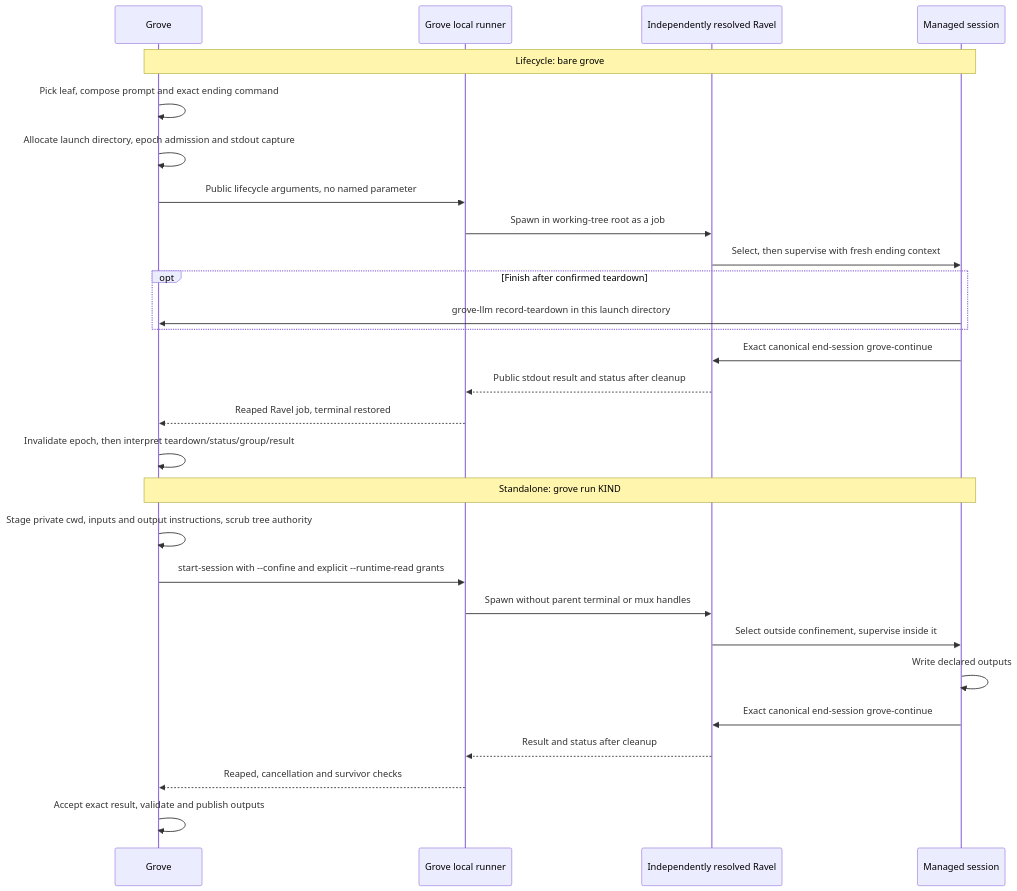
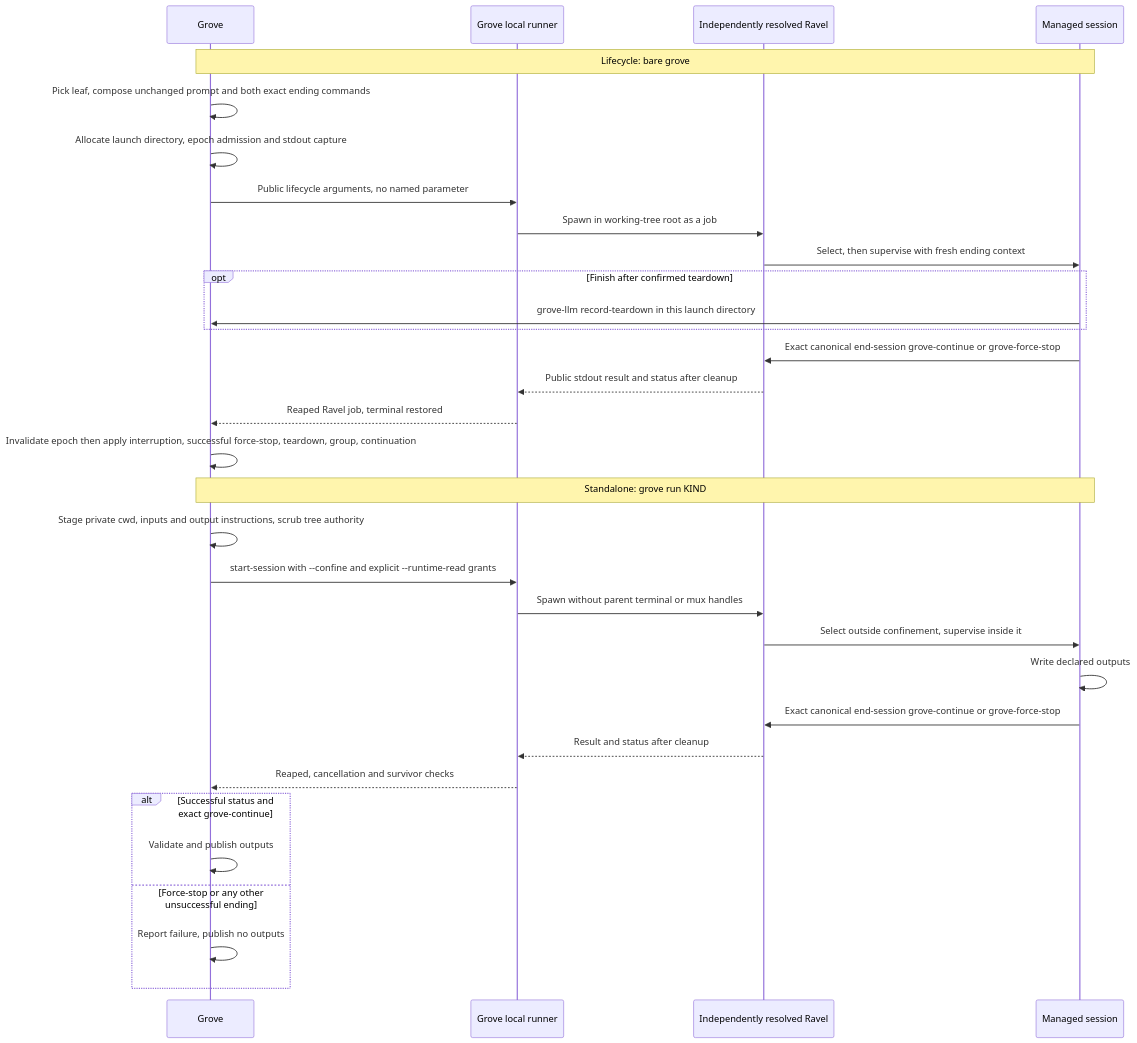
The diagram in docs/design/harness-selection-and-execution/grove-launch.mmd (Linkuistics/grove), drawn with Mermaid before and after one commit. The commit also changed 15 other files, not shown here.

Commit message:
grove-session-control-acceptance-k61: close grove-session-control-k8 with verified caller acceptance

```diff
--- a/docs/design/harness-selection-and-execution/grove-launch.mmd
+++ b/docs/design/harness-selection-and-execution/grove-launch.mmd
@@ -1,28 +1,32 @@
 sequenceDiagram
   participant G as Grove
   participant L as Grove local runner
   participant R as Independently resolved Ravel
   participant H as Managed session
   Note over G,H: Lifecycle: bare grove
-  G->>G: Pick leaf, compose prompt and exact ending command
+  G->>G: Pick leaf, compose unchanged prompt and both exact ending commands
   G->>G: Allocate launch directory, epoch admission and stdout capture
   G->>L: Public lifecycle arguments, no named parameter
   L->>R: Spawn in working-tree root as a job
   R->>H: Select, then supervise with fresh ending context
   opt Finish after confirmed teardown
     H->>G: grove-llm record-teardown in this launch directory
   end
-  H->>R: Exact canonical end-session grove-continue
+  H->>R: Exact canonical end-session grove-continue or grove-force-stop
   R-->>L: Public stdout result and status after cleanup
   L-->>G: Reaped Ravel job, terminal restored
-  G->>G: Invalidate epoch, then interpret teardown/status/group/result
+  G->>G: Invalidate epoch then apply interruption, successful force-stop, teardown, group, continuation
   Note over G,H: Standalone: grove run KIND
   G->>G: Stage private cwd, inputs and output instructions, scrub tree authority
   G->>L: start-session with --confine and explicit --runtime-read grants
   L->>R: Spawn without parent terminal or mux handles
   R->>H: Select outside confinement, supervise inside it
   H->>H: Write declared outputs
-  H->>R: Exact canonical end-session grove-continue
+  H->>R: Exact canonical end-session grove-continue or grove-force-stop
   R-->>L: Result and status after cleanup
   L-->>G: Reaped, cancellation and survivor checks
-  G->>G: Accept exact result, validate and publish outputs
+  alt Successful status and exact grove-continue
+    G->>G: Validate and publish outputs
+  else Force-stop or any other unsuccessful ending
+    G->>G: Report failure, publish no outputs
+  end
```
